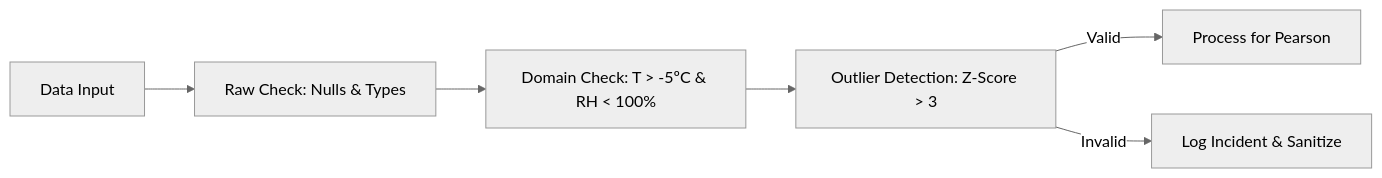
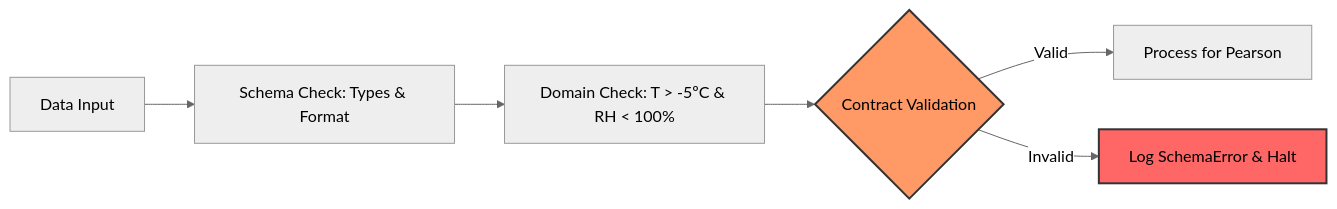
The second of 2 diagrams in README.md (lopezalmeidaalvaro/DataDriven-Weather-Demand), drawn with Mermaid (neutral theme) before and after one commit. The commit also changed other lines of this file and 8 other files, not shown here.

````diff
--- a/README.md
+++ b/README.md
@@ -65,8 +72,11 @@
 ```mermaid
 graph LR
-    Input[Data Input] --> Raw[Raw Check: Nulls & Types]
+    Input[Data Input] --> Raw[Schema Check: Types & Format]
     Raw --> Domain[Domain Check: T > -5ºC & RH < 100%]
-    Domain --> Outlier[Outlier Detection: Z-Score > 3]
-    Outlier -->|Valid| Analytics[Process for Pearson]
-    Outlier -->|Invalid| Log[Log Incident & Sanitize]
+    Domain --> Contract{Contract Validation}
+    Contract -->|Valid| Analytics[Process for Pearson]
+    Contract -->|Invalid| Log[Log SchemaError & Halt]
+    
+    style Contract fill:#f96,stroke:#333,stroke-width:2px
+    style Log fill:#f66,stroke:#333,stroke-width:2px
 ```
````
